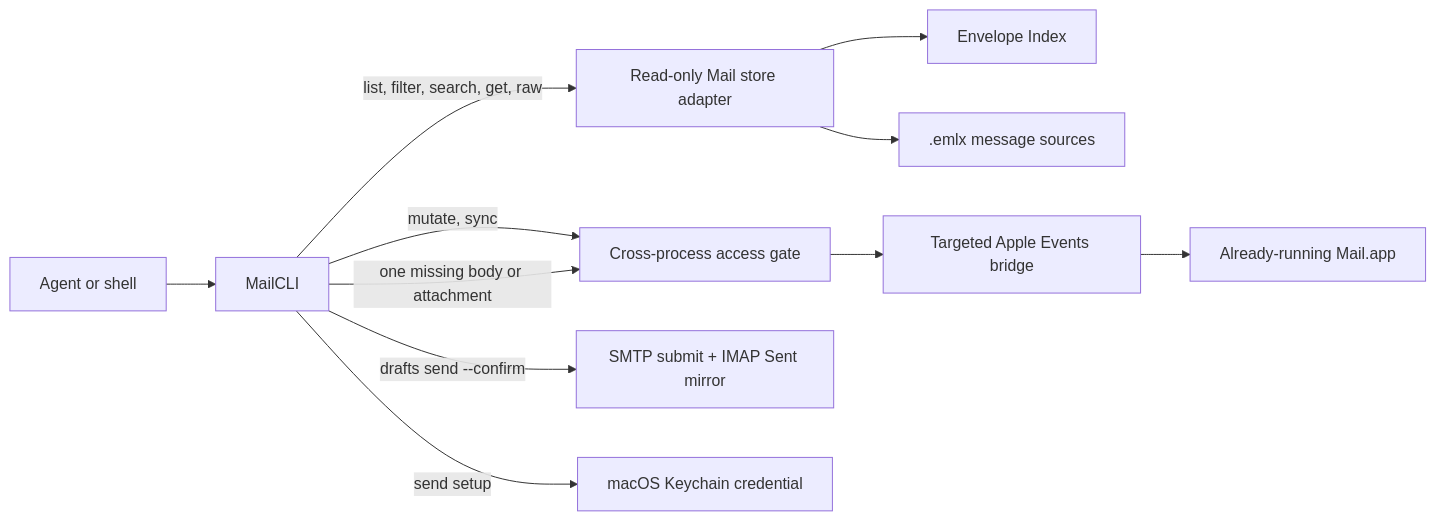
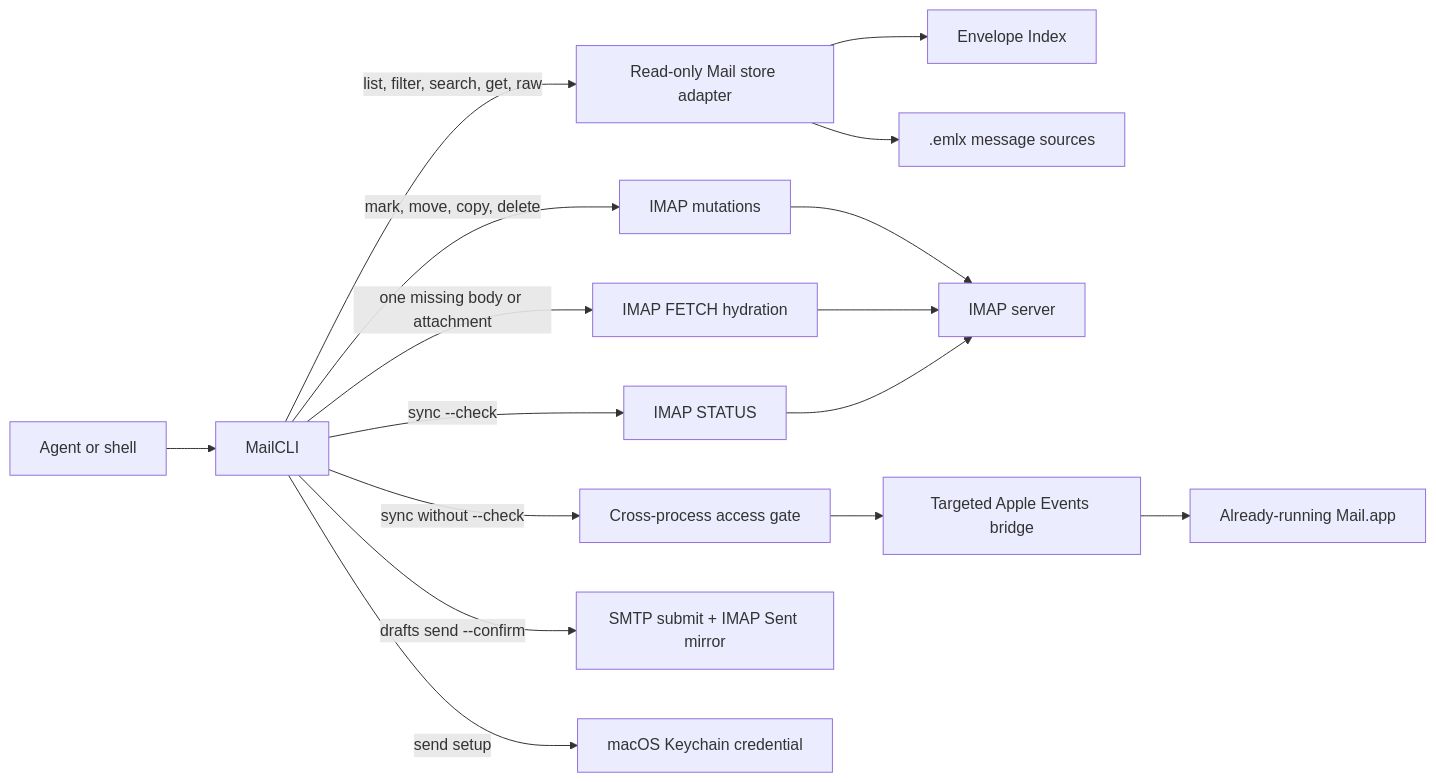
Before and after one commit to Christopher-Schulze/MailCLI: the diagram in README.md, drawn with Mermaid. The commit also changed other lines of this file and 1 other file, not shown here.

Commit message:
Sync documentation.md and README.md to IMAP mutation, IMAP hydration, and SMTP send architecture

````diff
--- a/README.md
+++ b/README.md
@@ -56,13 +56,18 @@
 ```mermaid
 flowchart LR
     Agent["Agent or shell"] --> CLI["MailCLI"]
     CLI -->|"list, filter, search, get, raw"| Store["Read-only Mail store adapter"]
     Store --> Index["Envelope Index"]
     Store --> EMLX[".emlx message sources"]
-    CLI -->|"mutate, sync"| Gate["Cross-process access gate"]
-    CLI -->|"one missing body or attachment"| Gate
+    CLI -->|"mark, move, copy, delete"| IMAPMut["IMAP mutations"]
+    CLI -->|"one missing body or attachment"| IMAPHydrate["IMAP FETCH hydration"]
+    CLI -->|"sync --check"| IMAPStatus["IMAP STATUS"]
+    IMAPMut --> Server["IMAP server"]
+    IMAPHydrate --> Server
+    IMAPStatus --> Server
+    CLI -->|"sync without --check"| Gate["Cross-process access gate"]
     Gate --> Bridge["Targeted Apple Events bridge"]
     Bridge --> Mail["Already-running Mail.app"]
     CLI -->|"drafts send --confirm"| Transport["SMTP submit + IMAP Sent mirror"]
     CLI -->|"send setup"| Keychain["macOS Keychain credential"]
 ```
````
